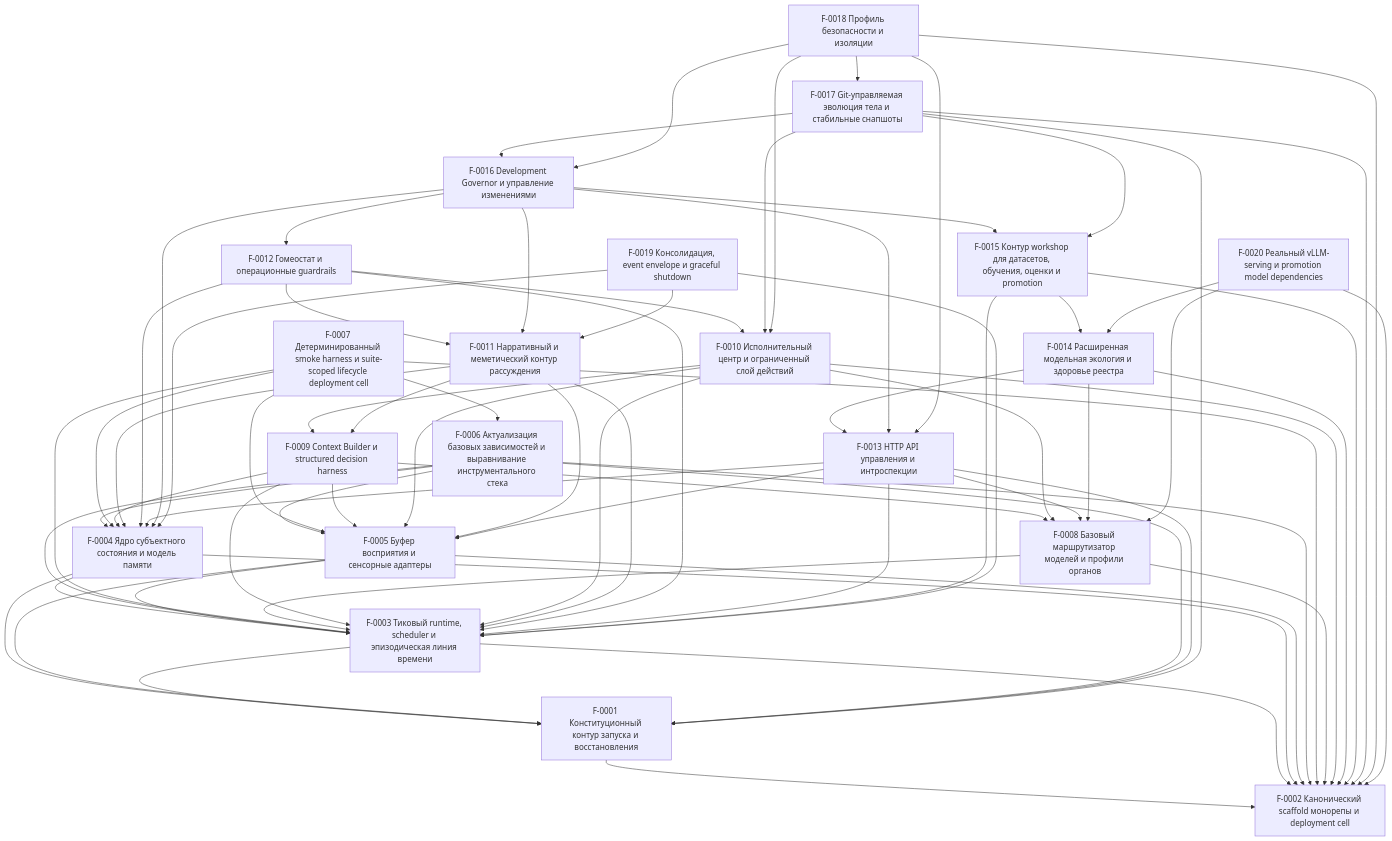
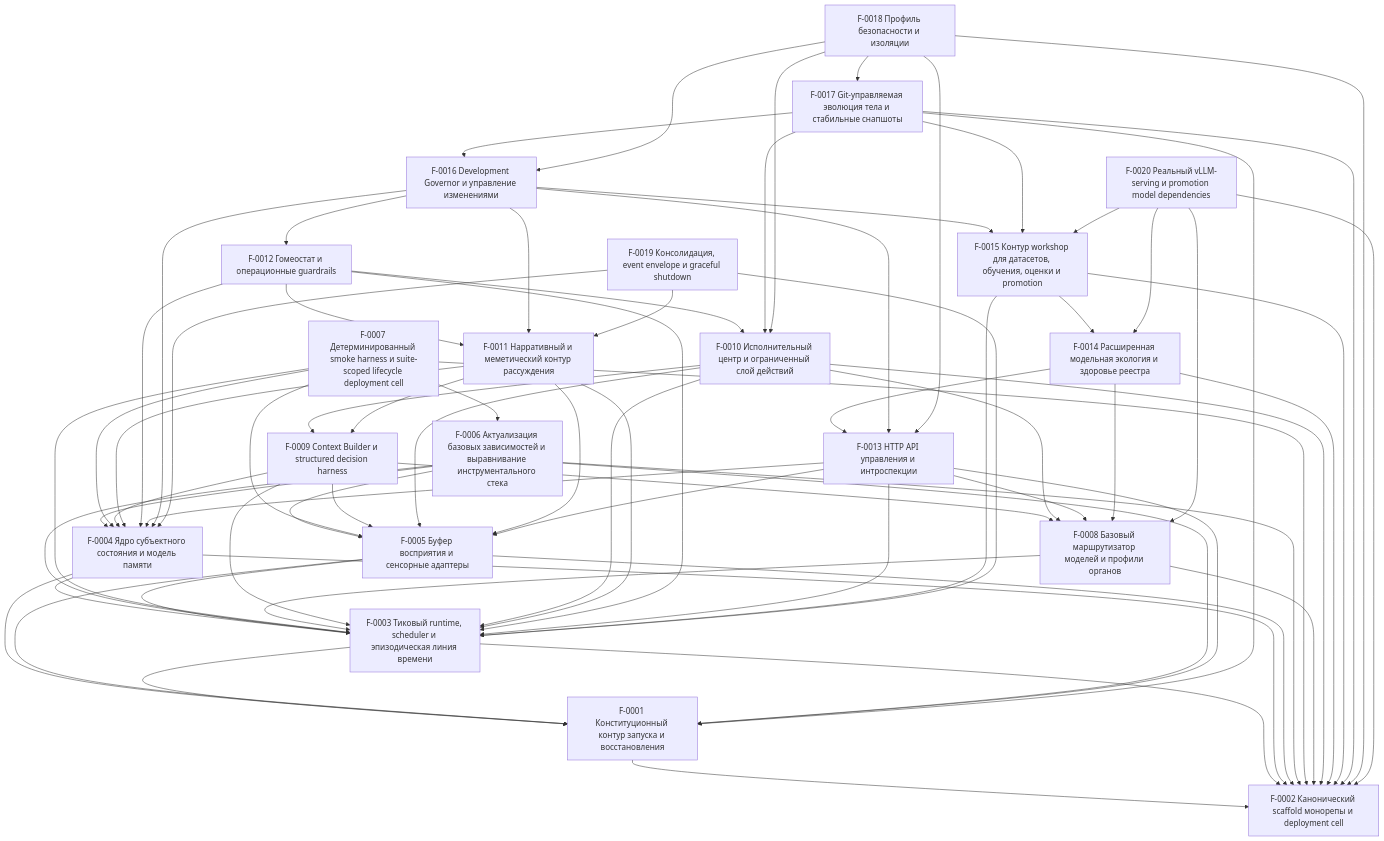
The diagram in docs/ssot/index.md (kostysh/yaagi), drawn with Mermaid before and after one commit. The commit also changed other lines of this file and 60 other files, not shown here.

````diff
--- a/docs/ssot/index.md
+++ b/docs/ssot/index.md
@@ -127,4 +127,5 @@
   F0020 --> F0002
   F0020 --> F0008
   F0020 --> F0014
+  F0020 --> F0015
 ```
````
